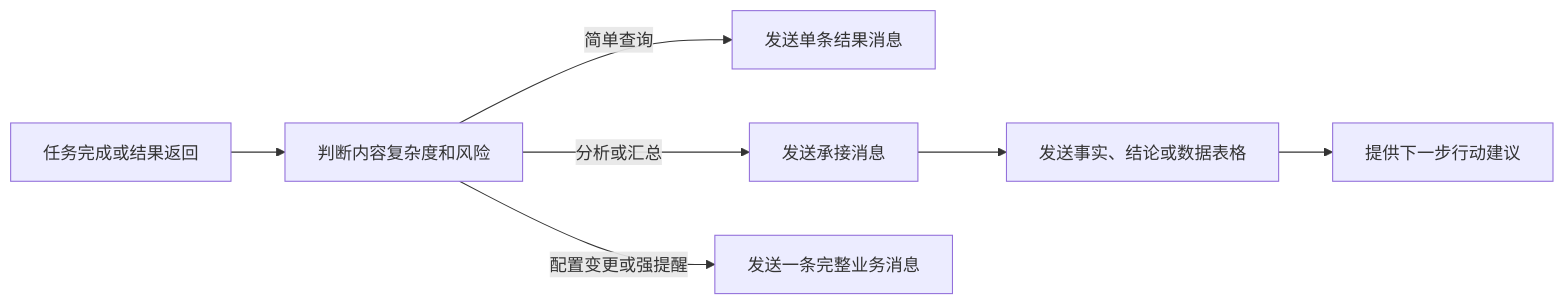
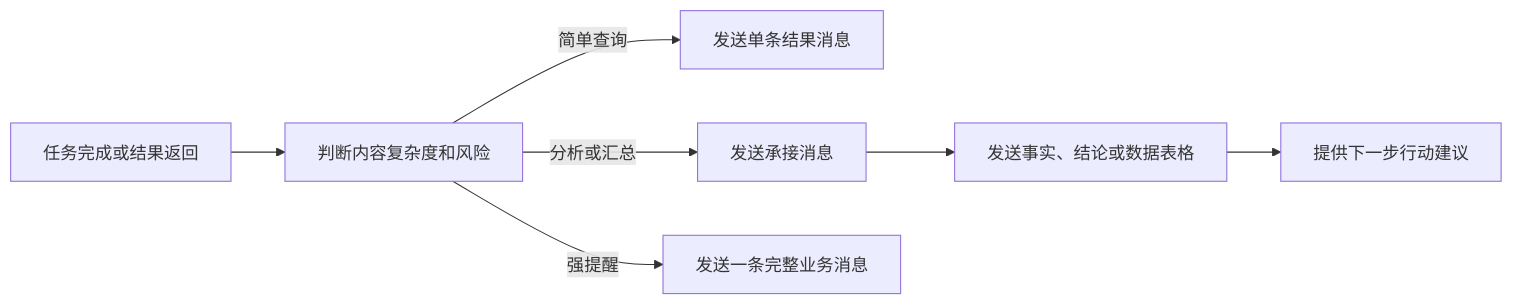
The sixth of 9 diagrams in PRD-v1.1-对话逻辑设计方案.md (hunterandrabbits-a11y/AI-Army), drawn with Mermaid before and after one commit. The commit also changed other lines of this file, not shown here.

````diff
--- a/PRD-v1.1-对话逻辑设计方案.md
+++ b/PRD-v1.1-对话逻辑设计方案.md
@@ -754,9 +723,9 @@
 ```mermaid
 flowchart LR
     A[任务完成或结果返回] --> B[判断内容复杂度和风险]
     B -->|简单查询| C[发送单条结果消息]
     B -->|分析或汇总| D[发送承接消息]
     D --> E[发送事实、结论或数据表格]
     E --> F[提供下一步行动建议]
-    B -->|配置变更或强提醒| G[发送一条完整业务消息]
+    B -->|强提醒| G[发送一条完整业务消息]
 ```
````
